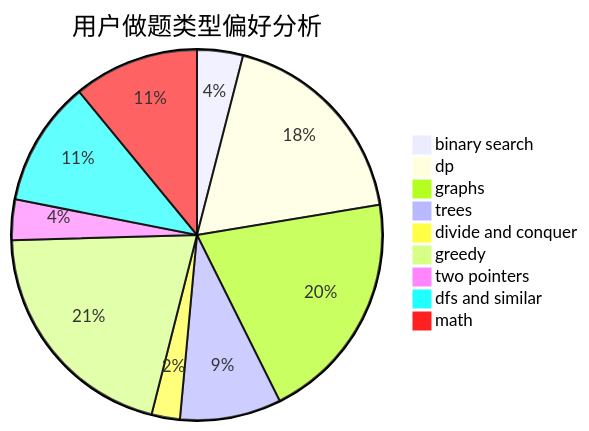
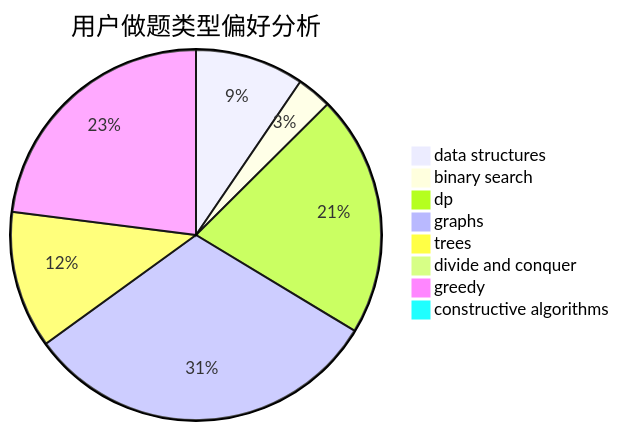
Before and after one commit to sherpahu/cfrs.github.io: the second of 3 diagrams in docs/user/u23.md, drawn with Mermaid. The commit also changed other lines of this file and 2775 other files, not shown here.

````diff
--- a/docs/user/u23.md
+++ b/docs/user/u23.md
@@ -23,12 +23,11 @@
 ```mermaid
 pie title 用户做题类型偏好分析
-    "binary search" :  34
-    "dp" :  156
-    "graphs" :  172
-    "trees" :  75
-    "divide and conquer" :  21
-    "greedy" :  175
-    "two pointers" :  30
-    "dfs and similar" :  93
-    "math" :  93
+    "data structures" :  50
+    "binary search" :  16
+    "dp" :  111
+    "graphs" :  165
+    "trees" :  63
+    "divide and conquer" :  4
+    "greedy" :  121
+    "constructive algorithms" :  2
 ```
````
